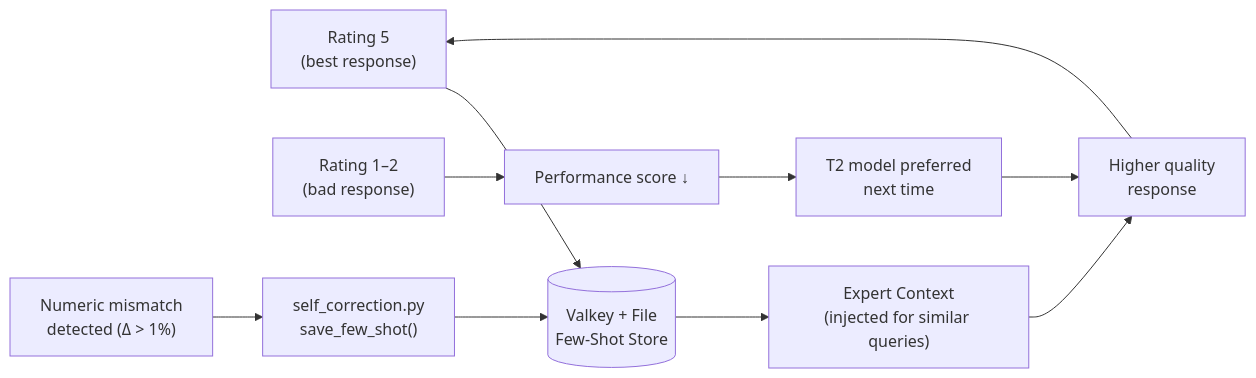
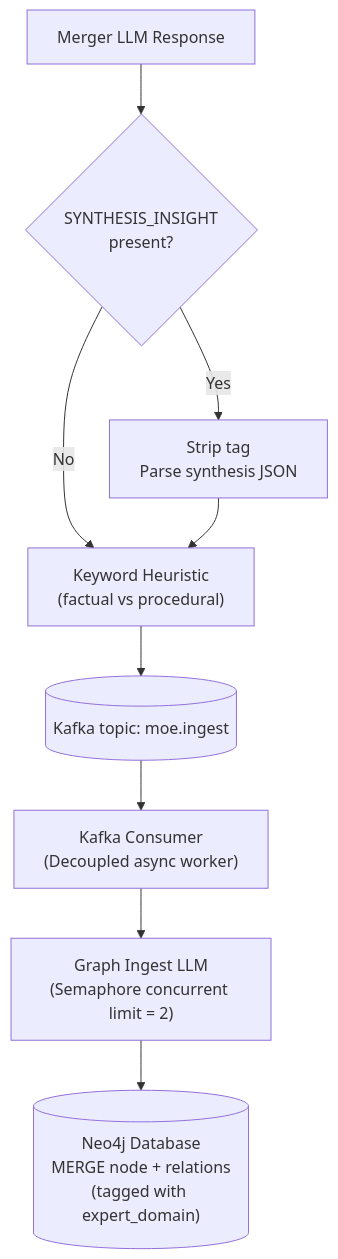
One commit to h3rb3rn/moe-sovereign changed the fourth of 4 diagrams in docs/system/dataflow.md. Above: the diagram before and after it, drawn with Mermaid. The commit also changed other lines of this file and 46 other files, not shown here.

````diff
--- a/docs/system/dataflow.md
+++ b/docs/system/dataflow.md
@@ -195,14 +125,17 @@
 ```mermaid
-flowchart LR
-    Good["Rating 5\n(best response)"] --> FewShot[("Valkey + File\nFew-Shot Store")]
-    FewShot --> ExpertContext["Expert Context\n(injected for similar queries)"]
-    ExpertContext --> BetterAnswer["Higher quality\nresponse"]
-    BetterAnswer --> Good
-
-    Bad["Rating 1–2\n(bad response)"] --> LowerScore["Performance score ↓"]
-    LowerScore --> T2Escalation["T2 model preferred\nnext time"]
-    T2Escalation --> BetterAnswer
-
-    Num["Numeric mismatch\ndetected (Δ > 1%)"] --> SaveExample["self_correction.py\nsave_few_shot()"]
-    SaveExample --> FewShot
+flowchart TD
+    Resp["Merger LLM Response"] --> Synth{"SYNTHESIS_INSIGHT\npresent?"}
+    
+    Synth -->|Yes| Strip["Strip tag\nParse synthesis JSON"]
+    Synth -->|No| KeyHeuristic["Keyword Heuristic\n(factual vs procedural)"]
+    
+    Strip --> KeyHeuristic
+    
+    KeyHeuristic --> Kafka[("Kafka topic: moe.ingest")]
+    
+    Kafka --> Consumer["Kafka Consumer\n(Decoupled async worker)"]
+    
+    Consumer --> IngestLLM["Graph Ingest LLM\n(Semaphore concurrent limit = 2)"]
+    
+    IngestLLM --> IngestGraph[("Neo4j Database\nMERGE node + relations\n(tagged with expert_domain)")]
 ```
````
